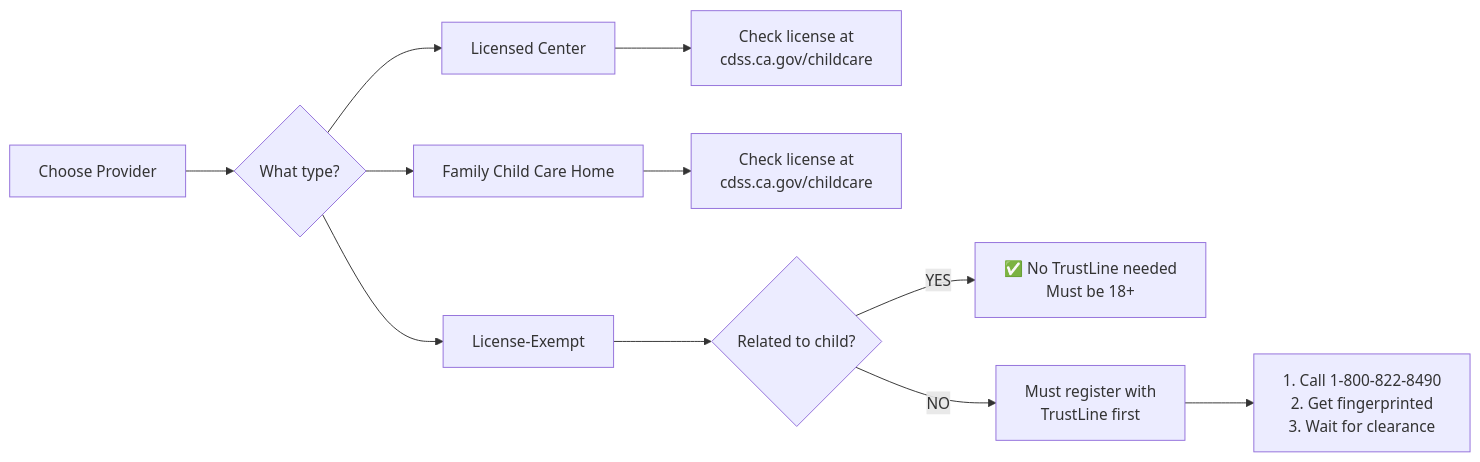
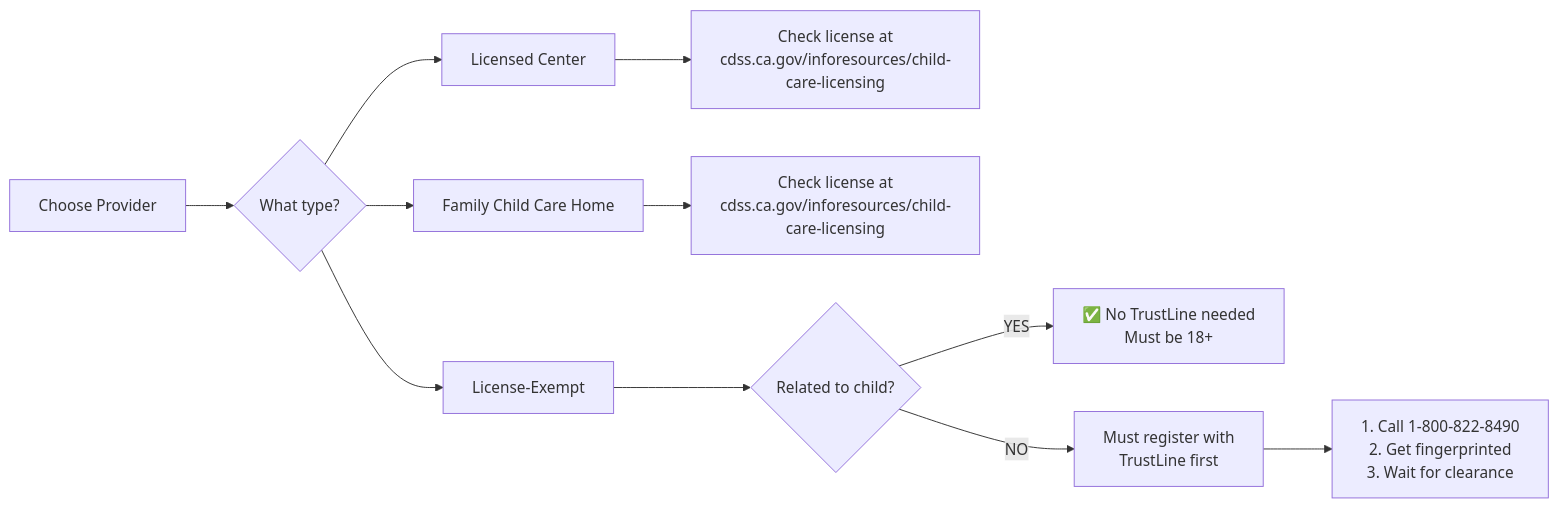
Before and after one commit to vanderoffice/CA-AIDev: the second of 4 diagrams in kiddobot/ChildCareAssessment/01_Subsidies/CalWORKs/CalWORKs_Application_Flowchart.md, drawn with Mermaid. The commit also changed 562 other files, not shown here.

````diff
--- a/kiddobot/ChildCareAssessment/01_Subsidies/CalWORKs/CalWORKs_Application_Flowchart.md
+++ b/kiddobot/ChildCareAssessment/01_Subsidies/CalWORKs/CalWORKs_Application_Flowchart.md
@@ -97,17 +97,17 @@
 ```mermaid
 flowchart LR
     CHOOSE[Choose Provider] --> TYPE{What type?}
 
     TYPE --> CENTER[Licensed Center]
     TYPE --> FCC[Family Child Care Home]
     TYPE --> EXEMPT[License-Exempt]
 
-    CENTER --> CHECK1[Check license at<br/>cdss.ca.gov/childcare]
-    FCC --> CHECK2[Check license at<br/>cdss.ca.gov/childcare]
+    CENTER --> CHECK1[Check license at<br/>cdss.ca.gov/inforesources/child-care-licensing]
+    FCC --> CHECK2[Check license at<br/>cdss.ca.gov/inforesources/child-care-licensing]
 
     EXEMPT --> Q{Related to child?}
     Q -->|YES| OK1[✅ No TrustLine needed<br/>Must be 18+]
     Q -->|NO| TRUST[Must register with<br/>TrustLine first]
 
     TRUST --> TRUST_STEPS[1. Call 1-800-822-8490<br/>2. Get fingerprinted<br/>3. Wait for clearance]
 ```
````
